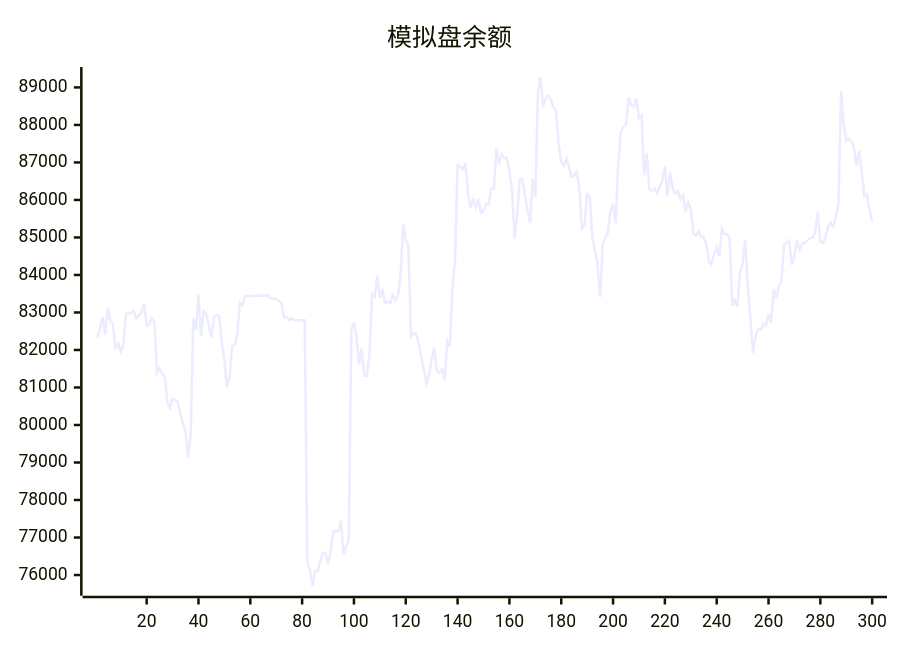
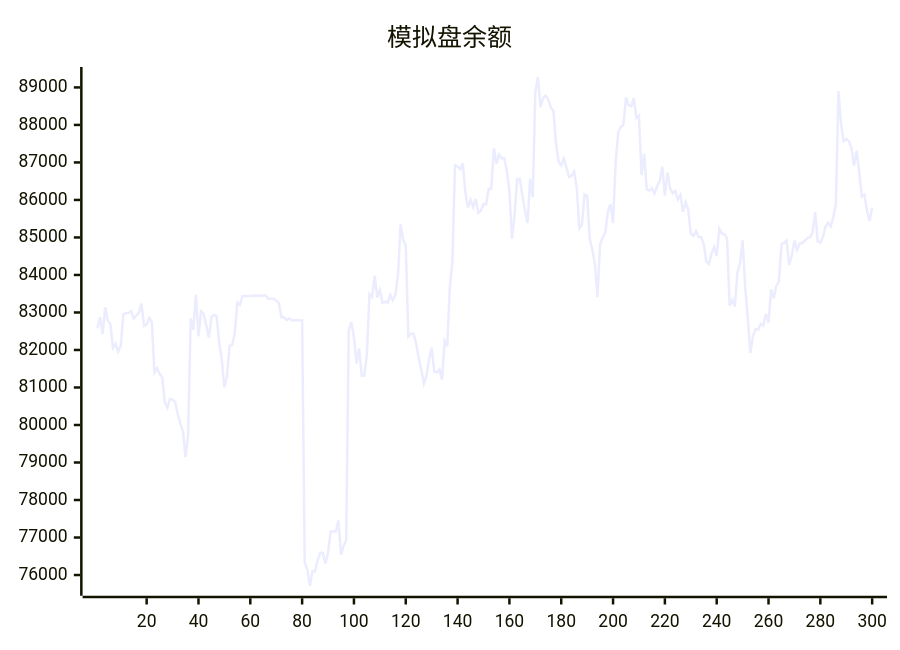
The diagram in README.md (aahl/ai-trading), drawn with Mermaid before and after one commit. The commit also changed other lines of this file and 1 other file, not shown here.

````diff
--- a/README.md
+++ b/README.md
@@ -5,5 +5,5 @@
 ```mermaid
 xychart
     title "模拟盘余额"
-    line [82320,82580,82878,82426,83139,82778,82686,82056,82166,81963,82110,82951,82983,82984,83038,82838,82915,82998,83235,82642,82682,82858,82746,81396,81512,81362,81277,80600,80461,80699,80673,80616,80288,80038,79836,79142,79722,82837,82533,83480,82366,83032,82960,82654,82330,82883,82934,82901,82188,81728,81005,81298,82110,82135,82449,83264,83203,83440,83439,83440,83440,83446,83447,83448,83447,83448,83449,83369,83369,83369,83313,83256,82872,82873,82801,82844,82785,82791,82791,82793,82794,76339,76145,75714,76110,76096,76397,76594,76585,76310,76607,77160,77170,77160,77456,76541,76774,76927,82520,82744,82337,81639,82040,81307,81314,81887,83490,83414,83984,83396,83594,83261,83287,83253,83470,83327,83465,83987,85348,84930,84786,82355,82433,82438,82167,81795,81466,81105,81315,81756,82064,81426,81398,81481,81210,82242,82099,83658,84359,86925,86892,86814,86980,86203,85802,86003,85811,86028,85657,85721,85896,85880,86300,86299,87378,86965,87214,87115,87118,86780,86238,84966,85623,86555,86562,86129,85722,85387,86569,86070,88870,89278,88477,88720,88781,88668,88467,88372,87493,87018,86917,87102,86870,86613,86644,86758,86317,85242,85334,86149,86106,84968,84671,84302,83410,84816,85001,85127,85693,85891,85384,87001,87811,87945,88007,88734,88528,88495,88705,88189,88248,86662,87234,86279,86251,86314,86177,86364,86503,86886,86114,86731,86310,86176,86240,86017,86136,85685,85938,85749,85111,85044,85164,85016,85008,84824,84354,84287,84572,84745,84500,85234,85096,85095,84970,83180,83338,83157,84070,84309,84922,83667,82850,81924,82369,82552,82539,82695,82648,82962,82728,83619,83378,83710,83825,84819,84854,84917,84265,84527,84919,84668,84834,84850,84916,84981,85004,85131,85674,84891,84864,85019,85284,85393,85294,85538,85894,88904,88012,87567,87625,87568,87386,86920,87313,86737,86094,86143,85725,85437]
+    line [82580,82878,82426,83139,82778,82686,82056,82166,81963,82110,82951,82983,82984,83038,82838,82915,82998,83235,82642,82682,82858,82746,81396,81512,81362,81277,80600,80461,80699,80673,80616,80288,80038,79836,79142,79722,82837,82533,83480,82366,83032,82960,82654,82330,82883,82934,82901,82188,81728,81005,81298,82110,82135,82449,83264,83203,83440,83439,83440,83440,83446,83447,83448,83447,83448,83449,83369,83369,83369,83313,83256,82872,82873,82801,82844,82785,82791,82791,82793,82794,76339,76145,75714,76110,76096,76397,76594,76585,76310,76607,77160,77170,77160,77456,76541,76774,76927,82520,82744,82337,81639,82040,81307,81314,81887,83490,83414,83984,83396,83594,83261,83287,83253,83470,83327,83465,83987,85348,84930,84786,82355,82433,82438,82167,81795,81466,81105,81315,81756,82064,81426,81398,81481,81210,82242,82099,83658,84359,86925,86892,86814,86980,86203,85802,86003,85811,86028,85657,85721,85896,85880,86300,86299,87378,86965,87214,87115,87118,86780,86238,84966,85623,86555,86562,86129,85722,85387,86569,86070,88870,89278,88477,88720,88781,88668,88467,88372,87493,87018,86917,87102,86870,86613,86644,86758,86317,85242,85334,86149,86106,84968,84671,84302,83410,84816,85001,85127,85693,85891,85384,87001,87811,87945,88007,88734,88528,88495,88705,88189,88248,86662,87234,86279,86251,86314,86177,86364,86503,86886,86114,86731,86310,86176,86240,86017,86136,85685,85938,85749,85111,85044,85164,85016,85008,84824,84354,84287,84572,84745,84500,85234,85096,85095,84970,83180,83338,83157,84070,84309,84922,83667,82850,81924,82369,82552,82539,82695,82648,82962,82728,83619,83378,83710,83825,84819,84854,84917,84265,84527,84919,84668,84834,84850,84916,84981,85004,85131,85674,84891,84864,85019,85284,85393,85294,85538,85894,88904,88012,87567,87625,87568,87386,86920,87313,86737,86094,86143,85725,85437,85787]
 ```
````
